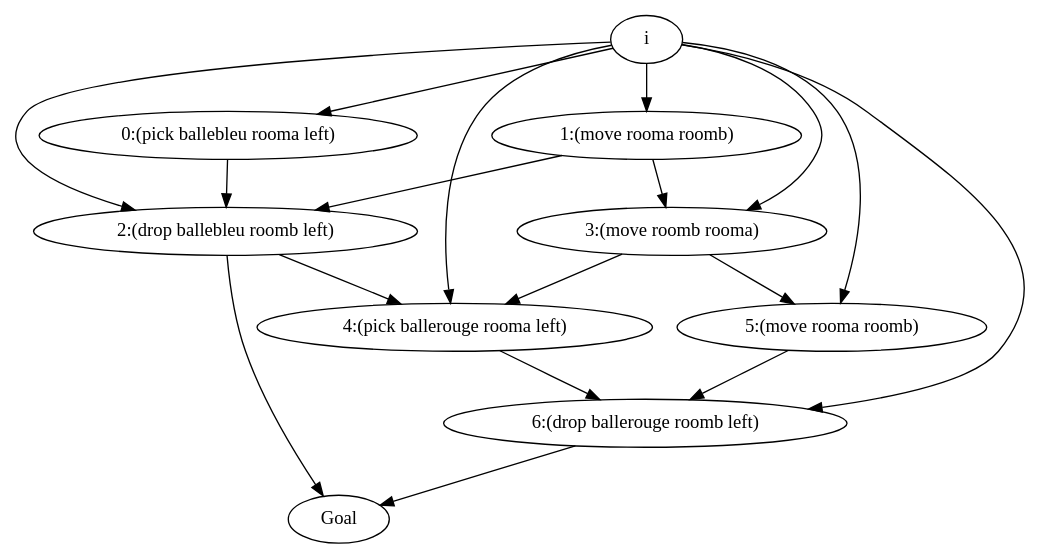
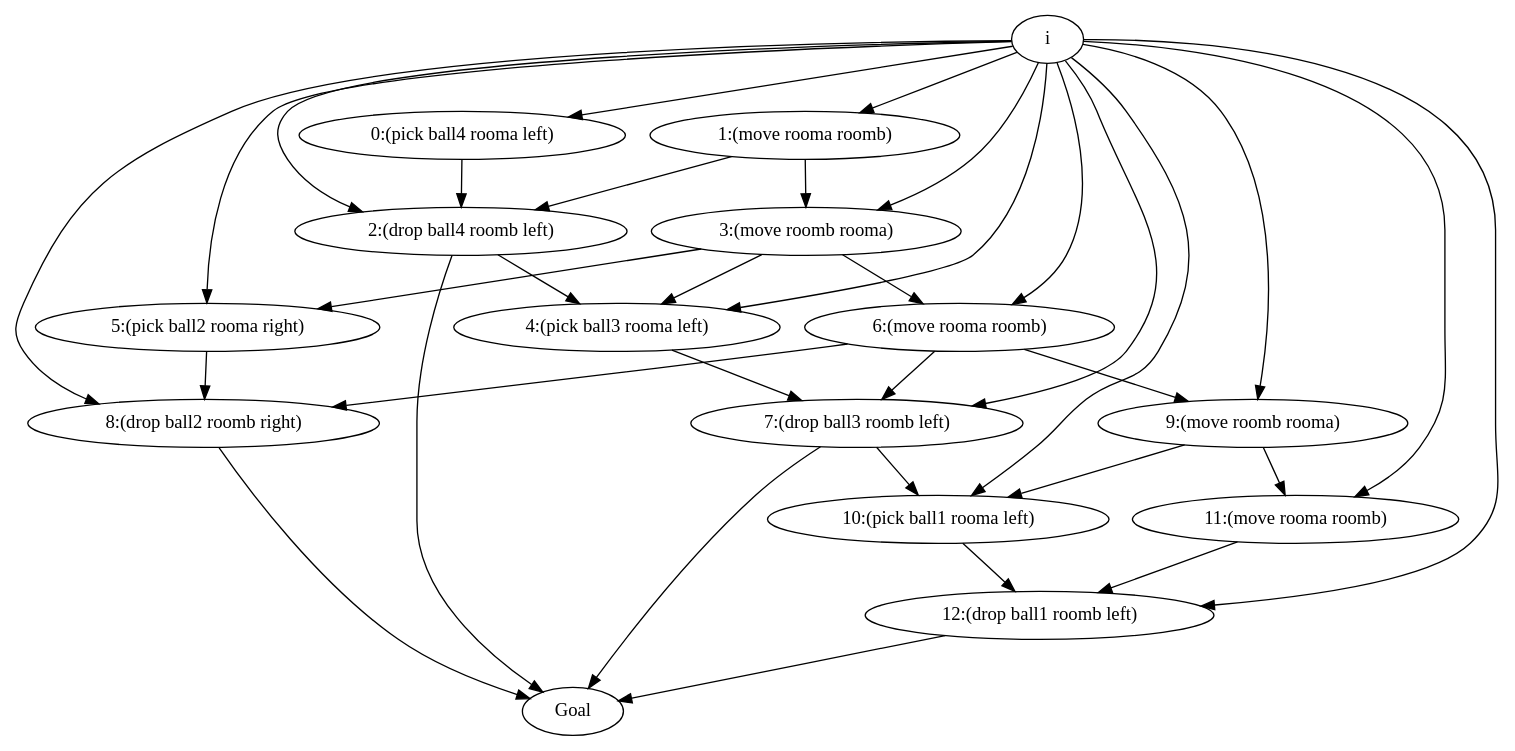
One commit to plaans/explain changed the diagram in graphique.dot. Above: the diagram before and after it, drawn with Graphviz. The commit also changed 5 other files, not shown here.

```diff
--- a/graphique.dot
+++ b/graphique.dot
@@ -1,19 +1,36 @@
 digraph D { 
-"0:(pick ballebleu rooma left)" -> "2:(drop ballebleu roomb left)";
-"1:(move rooma roomb)" -> "2:(drop ballebleu roomb left)";
+"0:(pick ball4 rooma left)" -> "2:(drop ball4 roomb left)";
+"1:(move rooma roomb)" -> "2:(drop ball4 roomb left)";
 "1:(move rooma roomb)" -> "3:(move roomb rooma)";
-"2:(drop ballebleu roomb left)" -> "4:(pick ballerouge rooma left)";
-"2:(drop ballebleu roomb left)" -> " Goal ";
-"3:(move roomb rooma)" -> "4:(pick ballerouge rooma left)";
-"3:(move roomb rooma)" -> "5:(move rooma roomb)";
-"4:(pick ballerouge rooma left)" -> "6:(drop ballerouge roomb left)";
-"5:(move rooma roomb)" -> "6:(drop ballerouge roomb left)";
-"6:(drop ballerouge roomb left)" -> " Goal ";
-" i " -> "0:(pick ballebleu rooma left)";
+"2:(drop ball4 roomb left)" -> "4:(pick ball3 rooma left)";
+"2:(drop ball4 roomb left)" -> " Goal ";
+"3:(move roomb rooma)" -> "4:(pick ball3 rooma left)";
+"3:(move roomb rooma)" -> "5:(pick ball2 rooma right)";
+"3:(move roomb rooma)" -> "6:(move rooma roomb)";
+"4:(pick ball3 rooma left)" -> "7:(drop ball3 roomb left)";
+"5:(pick ball2 rooma right)" -> "8:(drop ball2 roomb right)";
+"6:(move rooma roomb)" -> "7:(drop ball3 roomb left)";
+"6:(move rooma roomb)" -> "8:(drop ball2 roomb right)";
+"6:(move rooma roomb)" -> "9:(move roomb rooma)";
+"7:(drop ball3 roomb left)" -> "10:(pick ball1 rooma left)";
+"7:(drop ball3 roomb left)" -> " Goal ";
+"8:(drop ball2 roomb right)" -> " Goal ";
+"9:(move roomb rooma)" -> "10:(pick ball1 rooma left)";
+"9:(move roomb rooma)" -> "11:(move rooma roomb)";
+"10:(pick ball1 rooma left)" -> "12:(drop ball1 roomb left)";
+"11:(move rooma roomb)" -> "12:(drop ball1 roomb left)";
+"12:(drop ball1 roomb left)" -> " Goal ";
+" i " -> "0:(pick ball4 rooma left)";
 " i " -> "1:(move rooma roomb)";
-" i " -> "2:(drop ballebleu roomb left)";
+" i " -> "2:(drop ball4 roomb left)";
 " i " -> "3:(move roomb rooma)";
-" i " -> "4:(pick ballerouge rooma left)";
-" i " -> "5:(move rooma roomb)";
-" i " -> "6:(drop ballerouge roomb left)";
+" i " -> "4:(pick ball3 rooma left)";
+" i " -> "5:(pick ball2 rooma right)";
+" i " -> "6:(move rooma roomb)";
+" i " -> "7:(drop ball3 roomb left)";
+" i " -> "8:(drop ball2 roomb right)";
+" i " -> "9:(move roomb rooma)";
+" i " -> "10:(pick ball1 rooma left)";
+" i " -> "11:(move rooma roomb)";
+" i " -> "12:(drop ball1 roomb left)";
 } 
```
